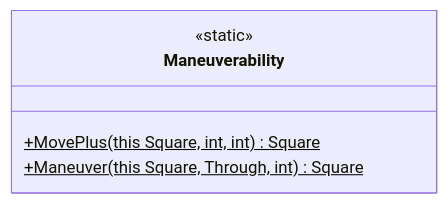
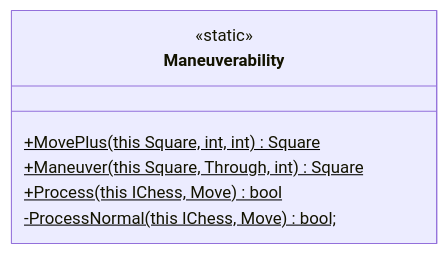
Before and after one commit to JeanLColombo/Mate: the fifth of 9 diagrams in UML Diagram/Core/Extensions.md, drawn with Mermaid. The commit also changed other lines of this file and 7 other files, not shown here.

Commit message:
Added IChess.Add(MoveEntry)

````diff
--- a/UML Diagram/Core/Extensions.md
+++ b/UML Diagram/Core/Extensions.md
@@ -54,8 +54,10 @@
 ```mermaid
     classDiagram
     class Maneuverability{
         <<static>>
         +MovePlus(this Square, int, int)$ Square
         +Maneuver(this Square, Through, int)$ Square
+        +Process(this IChess, Move)$ bool
+        -ProcessNormal(this IChess, Move)$ bool;
     }
 ```
````
